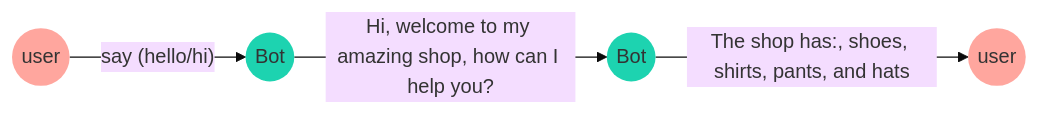
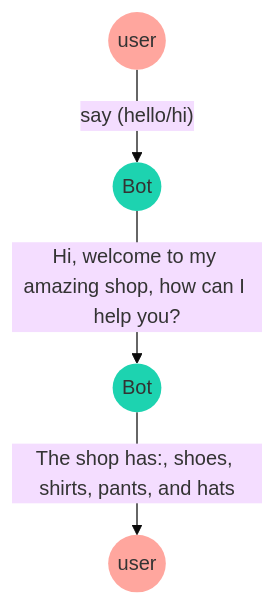
One commit to codigoencasa/documentation changed the first of 2 diagrams in src/pages/en/add-functions/index.mdx. Above: the diagram before and after it, drawn with Mermaid (base theme). The commit also changed 51 other files, not shown here.

````diff
--- a/src/pages/en/add-functions/index.mdx
+++ b/src/pages/en/add-functions/index.mdx
@@ -42,8 +42,8 @@
 ```mermaid
-flowchart LR
+flowchart TB
    id1(("user")) -- say (hello/hi) -->  id2(("Bot")) -- Hi, welcome to my amazing shop, how can I help you? --> id3(("Bot"))  -- The shop has:, shoes, shirts, pants, and hats  --> id4(("user"))
    style id1 fill:#ffa69e,stroke:#f79256,stroke-width:0px
    style id2 fill:#1dd3b0,stroke:#248277,stroke-width:0px
    style id3 fill:#1dd3b0,stroke:#248277,stroke-width:0px
    style id4 fill:#ffa69e,stroke:#f79256,stroke-width:0px
 ```
````
